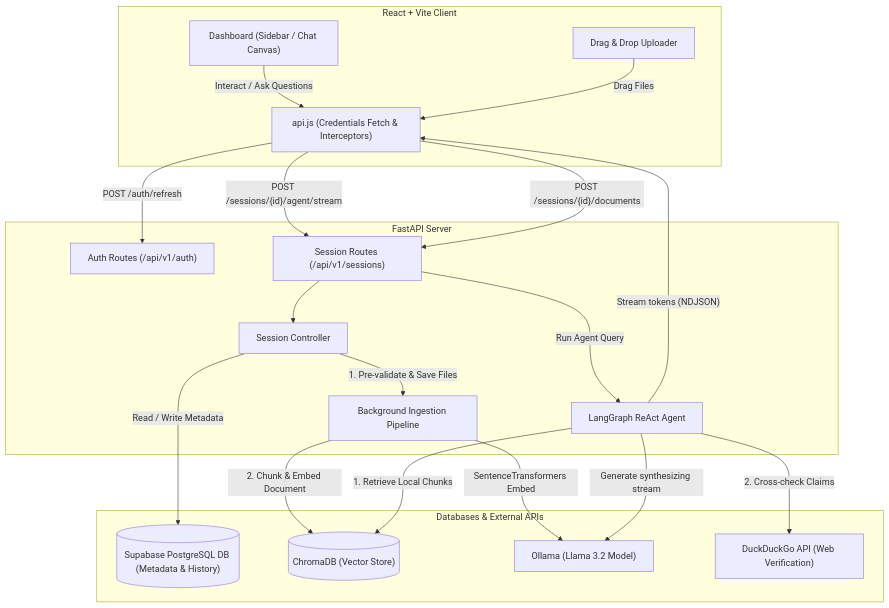
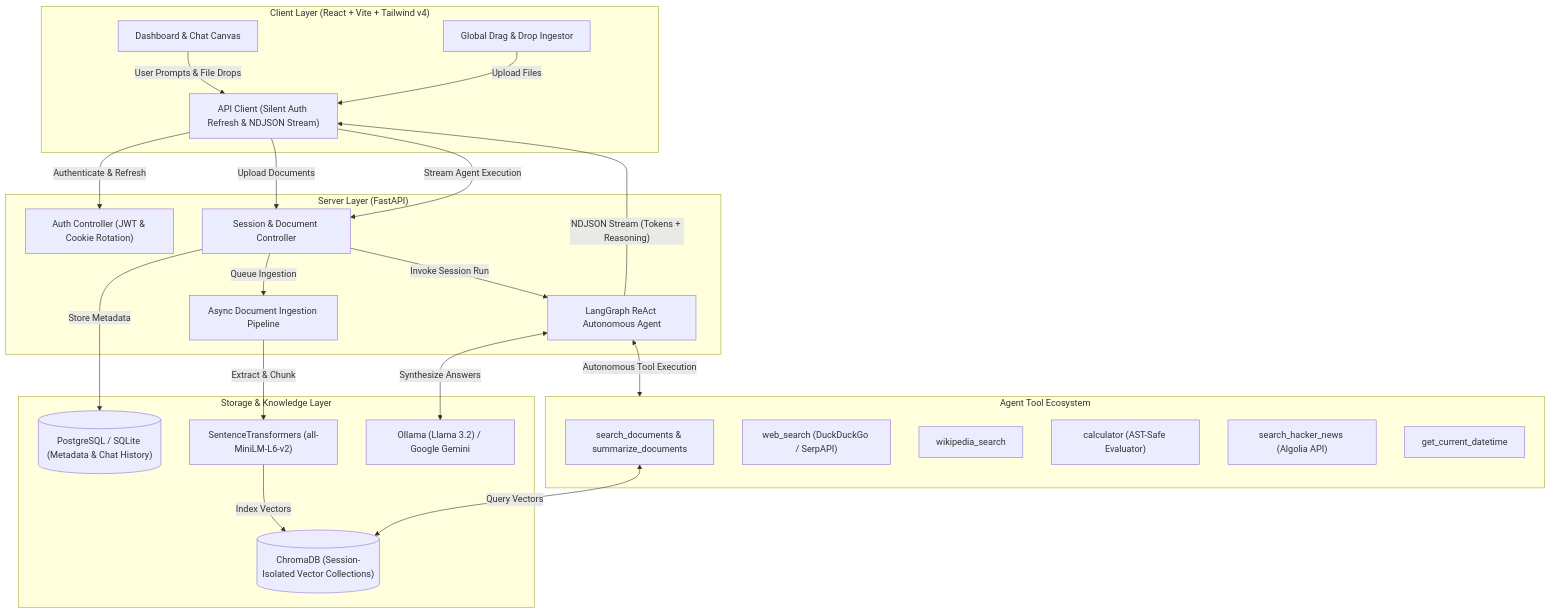
One commit to SatyamPrakash09/Hack_LumenAI changed the diagram in README.md. Above: the diagram before and after it, drawn with Mermaid. The commit also changed other lines of this file, not shown here.

````diff
--- a/README.md
+++ b/README.md
@@ -14,43 +44,49 @@
 ```mermaid
 graph TD
-    subgraph Frontend [React + Vite Client]
-        UI["Dashboard (Sidebar / Chat Canvas)"]
-        API_Client["api.js (Credentials Fetch & Interceptors)"]
-        DD_Overlay["Drag & Drop Uploader"]
+    subgraph Client ["Client Layer (React + Vite + Tailwind v4)"]
+        UI["Dashboard & Chat Canvas"]
+        API_Client["API Client (Silent Auth Refresh & NDJSON Stream)"]
+        DD_Overlay["Global Drag & Drop Ingestor"]
     end
 
-    subgraph Backend [FastAPI Server]
-        Auth_Router["Auth Routes (/api/v1/auth)"]
-        Session_Router["Session Routes (/api/v1/sessions)"]
-        Session_Ctrl["Session Controller"]
-        Pipeline["Background Ingestion Pipeline"]
-        Agent["LangGraph ReAct Agent"]
+    subgraph Backend ["Server Layer (FastAPI)"]
+        Auth_Router["Auth Controller (JWT & Cookie Rotation)"]
+        Session_Router["Session & Document Controller"]
+        Pipeline["Async Document Ingestion Pipeline"]
+        Agent["LangGraph ReAct Autonomous Agent"]
     end
 
-    subgraph Storage [Databases & External APIs]
-        DB[("Supabase PostgreSQL DB (Metadata & History)")]
-        Chroma[("ChromaDB (Vector Store)")]
-        Ollama["Ollama (Llama 3.2 Model)"]
-        Web["DuckDuckGo API (Web Verification)"]
+    subgraph Agent_Tools ["Agent Tool Ecosystem"]
+        Tool_Doc["search_documents & summarize_documents"]
+        Tool_Web["web_search (DuckDuckGo / SerpAPI)"]
+        Tool_Wiki["wikipedia_search"]
+        Tool_Calc["calculator (AST-Safe Evaluator)"]
+        Tool_HN["search_hacker_news (Algolia API)"]
+        Tool_Time["get_current_datetime"]
     end
 
-    UI -->|"Interact / Ask Questions"| API_Client
-    DD_Overlay -->|"Drag Files"| API_Client
-    
-    API_Client -->|"POST /auth/refresh"| Auth_Router
-    API_Client -->|"POST /sessions/{id}/agent/stream"| Session_Router
-    API_Client -->|"POST /sessions/{id}/documents"| Session_Router
-    
-    Session_Router --> Session_Ctrl
-    Session_Ctrl -->|"1. Pre-validate & Save Files"| Pipeline
-    Session_Ctrl -->|"Read / Write Metadata"| DB
-    
-    Pipeline -->|"2. Chunk & Embed Document"| Chroma
-    Pipeline -->|"SentenceTransformers Embed"| Ollama
-    
-    Session_Router -->|"Run Agent Query"| Agent
-    Agent -->|"1. Retrieve Local Chunks"| Chroma
-    Agent -->|"2. Cross-check Claims"| Web
-    Agent -->|"Generate synthesizing stream"| Ollama
-    Agent -->|"Stream tokens (NDJSON)"| API_Client
+    subgraph Storage ["Storage & Knowledge Layer"]
+        DB[("PostgreSQL / SQLite (Metadata & Chat History)")]
+        Chroma[("ChromaDB (Session-Isolated Vector Collections)")]
+        Embeddings["SentenceTransformers (all-MiniLM-L6-v2)"]
+        LLM["Ollama (Llama 3.2) / Google Gemini"]
+    end
+
+    UI -->|"User Prompts & File Drops"| API_Client
+    DD_Overlay -->|"Upload Files"| API_Client
+
+    API_Client -->|"Authenticate & Refresh"| Auth_Router
+    API_Client -->|"Upload Documents"| Session_Router
+    API_Client -->|"Stream Agent Execution"| Session_Router
+
+    Session_Router -->|"Store Metadata"| DB
+    Session_Router -->|"Queue Ingestion"| Pipeline
+    Pipeline -->|"Extract & Chunk"| Embeddings
+    Embeddings -->|"Index Vectors"| Chroma
+
+    Session_Router -->|"Invoke Session Run"| Agent
+    Agent <-->|"Autonomous Tool Execution"| Agent_Tools
+    Tool_Doc <-->|"Query Vectors"| Chroma
+    Agent <-->|"Synthesize Answers"| LLM
+    Agent -->|"NDJSON Stream (Tokens + Reasoning)"| API_Client
 ```
````
